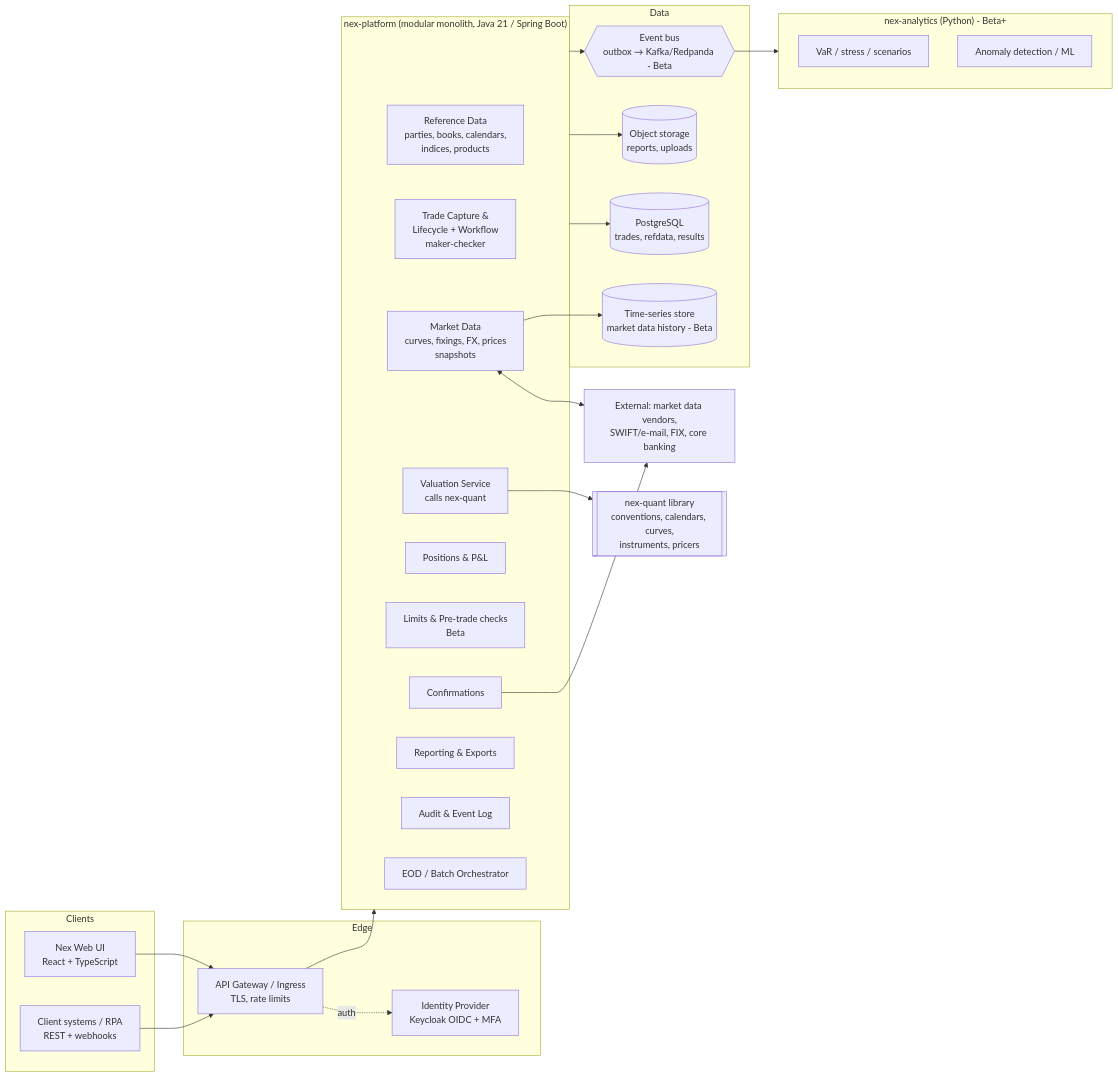
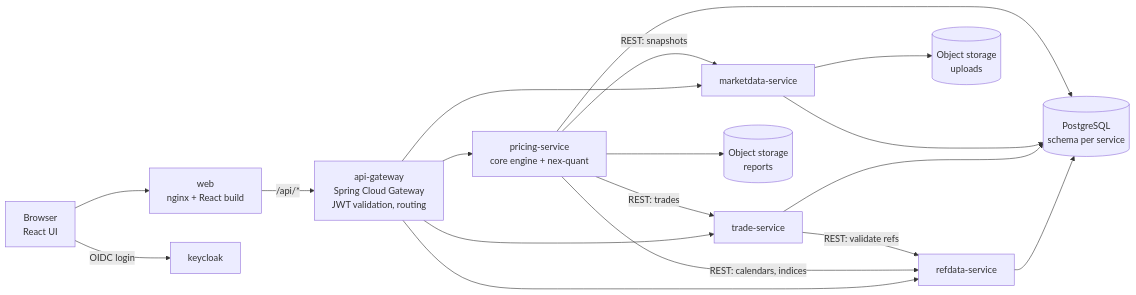
Before and after one commit to Mutwila-Alinta/ATS: the first of 5 diagrams in docs/NEX_ARCHITECTURE_AND_ROADMAP.md, drawn with Mermaid. The commit also changed other lines of this file and 1 other file, not shown here.

First line of the commit message:
Revise Nex plan to v0.2: Dec 2026 MVP, Docker-to-AWS microservices, React UI

````diff
--- a/docs/NEX_ARCHITECTURE_AND_ROADMAP.md
+++ b/docs/NEX_ARCHITECTURE_AND_ROADMAP.md
@@ -131,53 +101,20 @@
 ```mermaid
 flowchart LR
-  subgraph Clients
-    WEB[Nex Web UI<br/>React + TypeScript]
-    API_C[Client systems / RPA<br/>REST + webhooks]
-  end
-
-  subgraph Edge
-    GW[API Gateway / Ingress<br/>TLS, rate limits]
-    IDP[Identity Provider<br/>Keycloak OIDC + MFA]
-  end
-
-  subgraph Platform["nex-platform (modular monolith, Java 21 / Spring Boot)"]
-    RD[Reference Data<br/>parties, books, calendars,<br/>indices, products]
-    TR[Trade Capture &<br/>Lifecycle + Workflow<br/>maker-checker]
-    MD[Market Data<br/>curves, fixings, FX, prices<br/>snapshots]
-    VAL[Valuation Service<br/>calls nex-quant]
-    POS[Positions & P&L]
-    LIM[Limits & Pre-trade checks<br/>Beta]
-    CONF[Confirmations]
-    REP[Reporting & Exports]
-    AUD[Audit & Event Log]
-    EOD[EOD / Batch Orchestrator]
-  end
-
-  QUANT[[nex-quant library<br/>conventions, calendars, curves,<br/>instruments, pricers]]
-
-  subgraph Data
-    PG[(PostgreSQL<br/>trades, refdata, results)]
-    TS[(Time-series store<br/>market data history - Beta)]
-    OBJ[(Object storage<br/>reports, uploads)]
-    BUS{{Event bus<br/>outbox → Kafka/Redpanda - Beta}}
-  end
-
-  subgraph Analytics["nex-analytics (Python) - Beta+"]
-    RISK[VaR / stress / scenarios]
-    AI[Anomaly detection / ML]
-  end
-
-  EXT[External: market data vendors,<br/>SWIFT/e-mail, FIX, core banking]
-
-  WEB --> GW --> Platform
-  API_C --> GW
-  GW -.auth.-> IDP
-  VAL --> QUANT
-  Platform --> PG
-  Platform --> OBJ
-  Platform --> BUS
-  BUS --> Analytics
-  MD <--> EXT
-  CONF --> EXT
-  MD --> TS
+  U[Browser<br/>React UI] --> WEB[web<br/>nginx + React build]
+  U -->|OIDC login| KC[keycloak]
+  WEB -->|/api/*| GW[api-gateway<br/>Spring Cloud Gateway<br/>JWT validation, routing]
+  GW --> RD[refdata-service]
+  GW --> TR[trade-service]
+  GW --> MD[marketdata-service]
+  GW --> PR[pricing-service<br/>core engine + nex-quant]
+  PR -->|REST: trades| TR
+  PR -->|REST: snapshots| MD
+  PR -->|REST: calendars, indices| RD
+  TR -->|REST: validate refs| RD
+  RD --> DB[(PostgreSQL<br/>schema per service)]
+  TR --> DB
+  MD --> DB
+  PR --> DB
+  MD --> S3[(Object storage<br/>uploads)]
+  PR --> S3b[(Object storage<br/>reports)]
 ```
````
